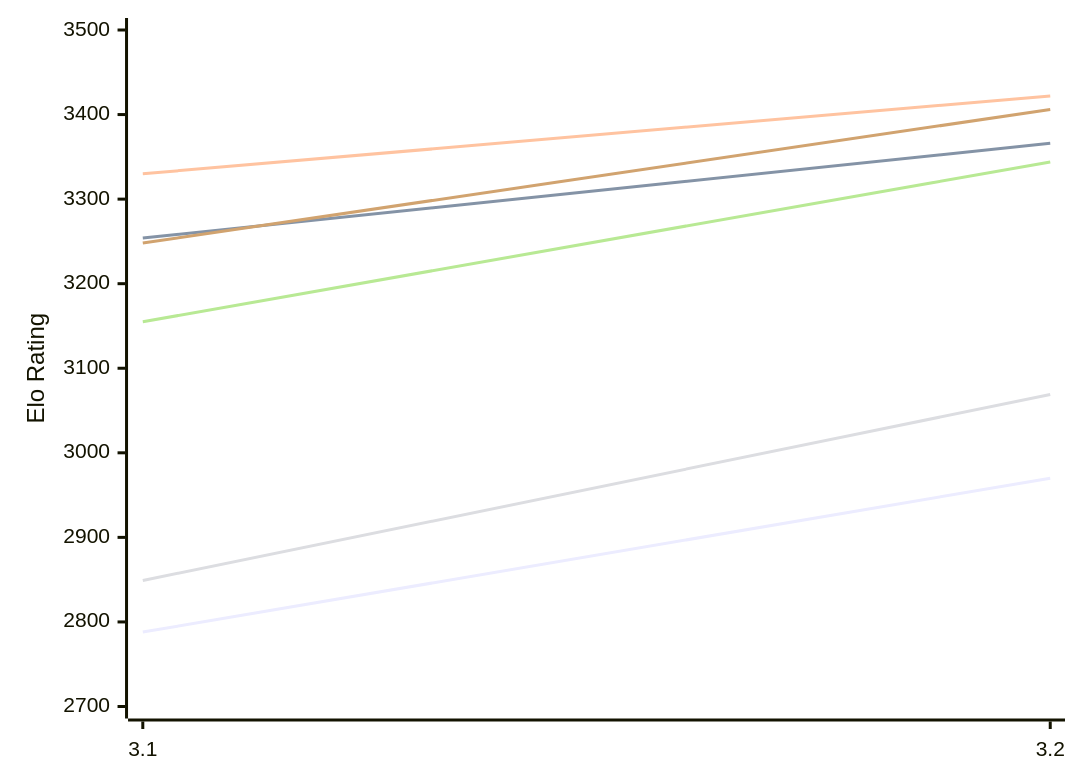
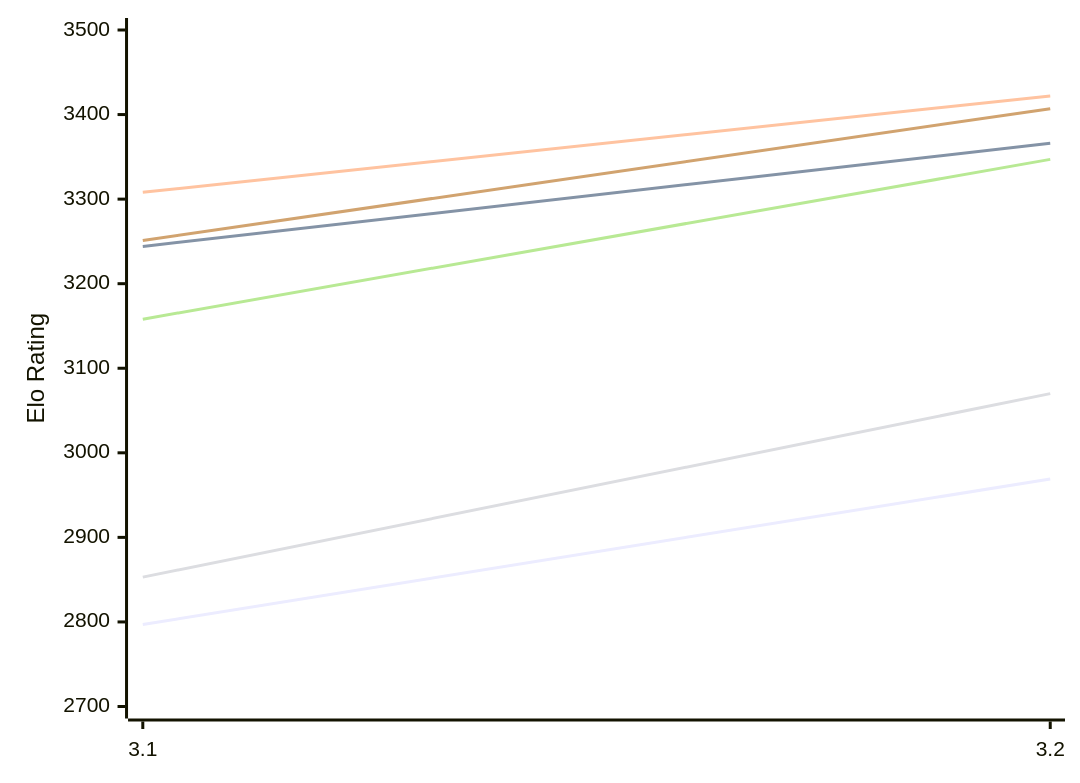
Before and after one commit to computer-chess-index/cci: the first of 2 diagrams in engines/Thrawn.md, drawn with Mermaid. The commit also changed other lines of this file, not shown here.

Commit message:
Update CCI Ratings (ELO VLTC) - 2026-11-24

````diff
--- a/engines/Thrawn.md
+++ b/engines/Thrawn.md
@@ -52,12 +52,12 @@
 ```mermaid
 %%{init: {"theme":"base","themeVariables":{"seriesColors:['#a3a3a3','#222221','#faa371']}}}%%
 xychart-beta
   x-axis ["3.1", "3.2"]
   y-axis "Elo Rating" 2700 --> 3500
-  line "E1: STC (8.0+0.08s)" [2788, 2970]
-  line "E1: LTC (60.0+0.60s)" [3254, 3366]
-  line "E1: VLTC (2m24s+1.12s)" [3330, 3422]
-  line "P1: STC (8.0+0.08s)" [2849, 3069]
-  line "P1: LTC (60.0+0.60s)" [3155, 3344]
-  line "P1: VLTC (2m24s+1.12s)" [3248, 3406]
+  line "E1: STC (8.0+0.08s)" [2797, 2969]
+  line "E1: LTC (60.0+0.60s)" [3244, 3366]
+  line "E1: VLTC (2m24s+1.12s)" [3308, 3422]
+  line "P1: STC (8.0+0.08s)" [2853, 3070]
+  line "P1: LTC (60.0+0.60s)" [3158, 3347]
+  line "P1: VLTC (2m24s+1.12s)" [3251, 3407]
 ```
````
